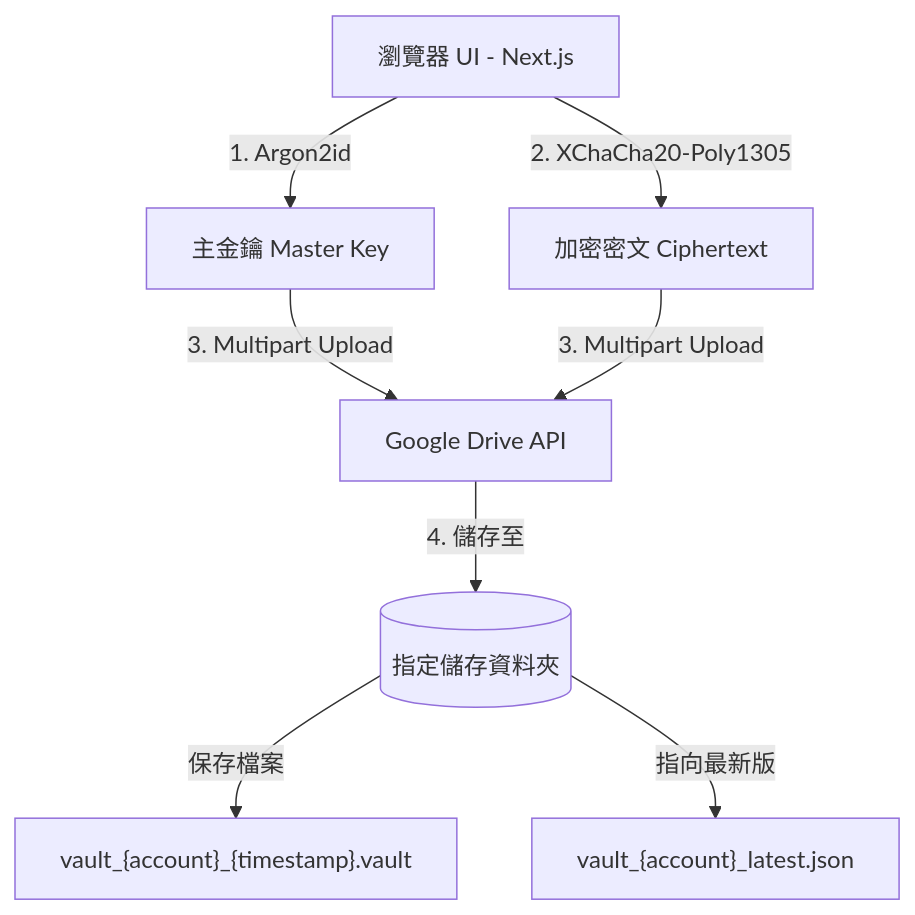
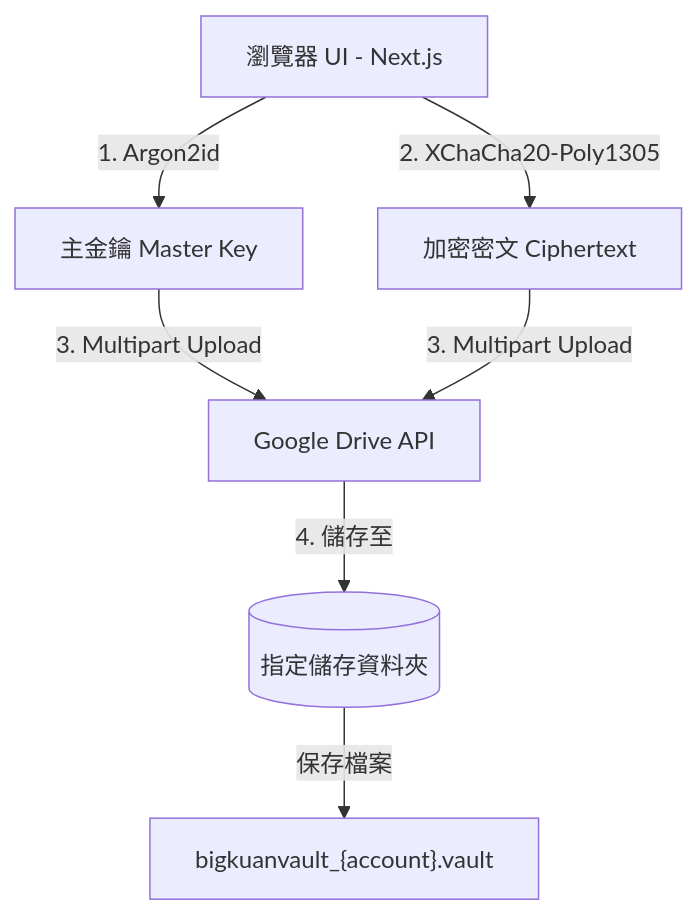
One commit to bigkuan-chen/bigcanvault_v2 changed the diagram in README.md. Above: the diagram before and after it, drawn with Mermaid. The commit also changed other lines of this file and 3 other files, not shown here.

````diff
--- a/README.md
+++ b/README.md
@@ -16,9 +16,8 @@
 ```mermaid
 graph TD
     A[瀏覽器 UI - Next.js] -->|1. Argon2id| B[主金鑰 Master Key]
     A -->|2. XChaCha20-Poly1305| C[加密密文 Ciphertext]
     B & C -->|3. Multipart Upload| D[Google Drive API]
     D -->|4. 儲存至| E[(指定儲存資料夾)]
-    E -->|保存檔案| F["vault_{account}_{timestamp}.vault"]
-    E -->|指向最新版| G["vault_{account}_latest.json"]
+    E -->|保存檔案| F["bigkuanvault_{account}.vault"]
 ```
````
